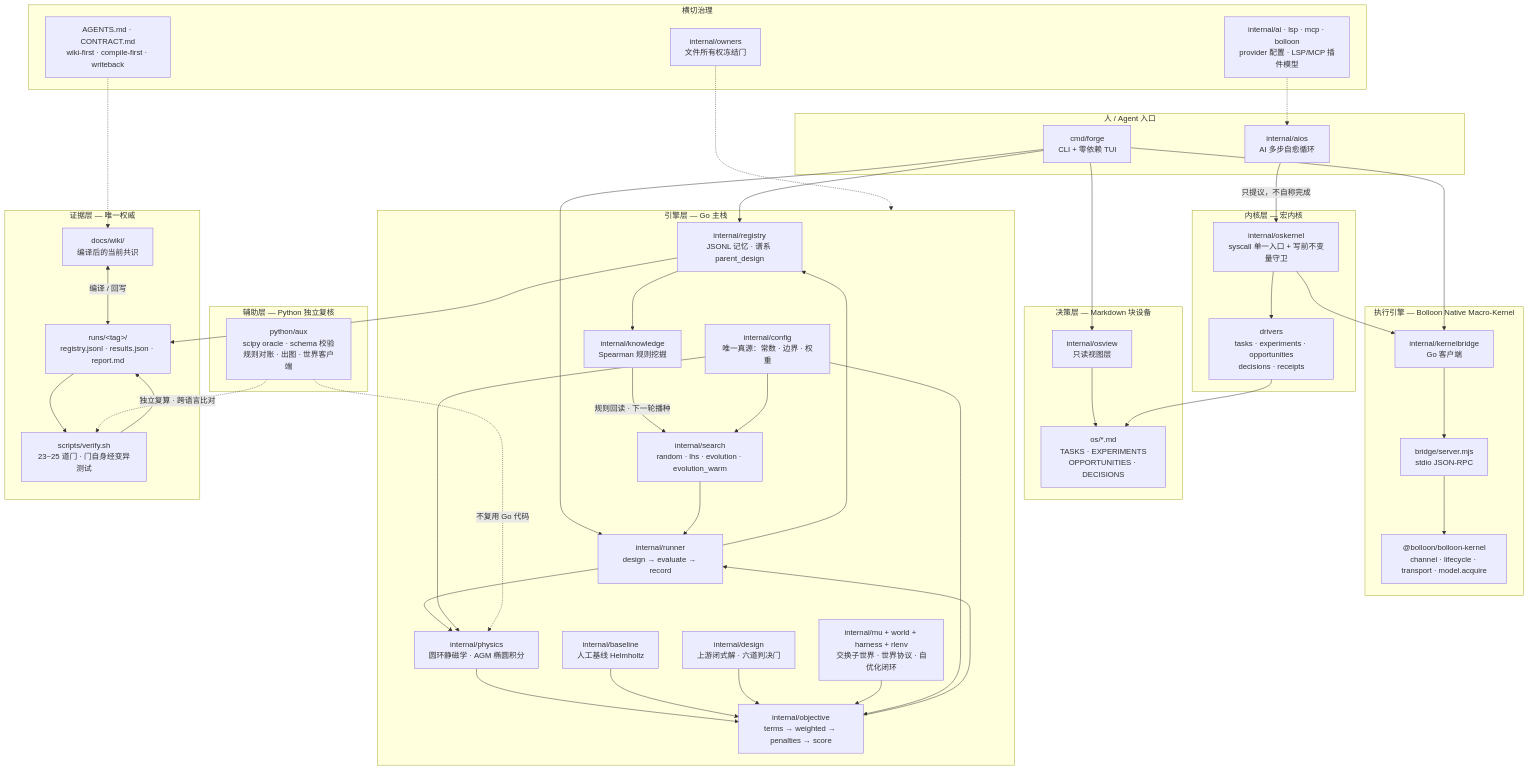
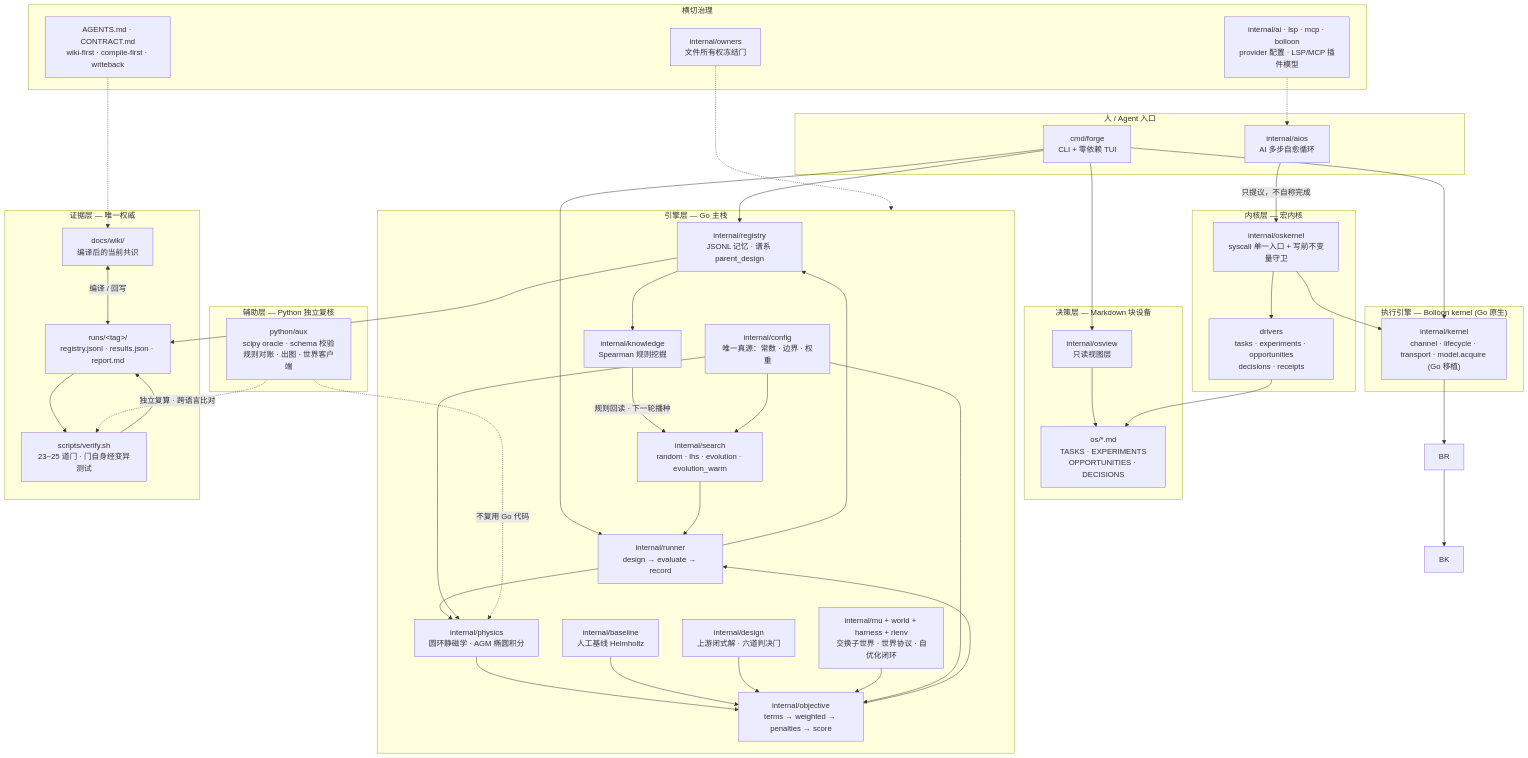
Before and after one commit to logos-42/hushfusion-forge: the diagram in docs/architecture.md, drawn with Mermaid. The commit also changed other lines of this file and 31 other files, not shown here.

First line of the commit message:
refactor(kernel): Bolloon kernel 从 TS 原生化为 Go；删除 Node bridge/

```diff
--- a/docs/architecture.md
+++ b/docs/architecture.md
@@ -24,10 +24,8 @@
         DRV["drivers<br/>tasks · experiments · opportunities<br/>decisions · receipts"]
     end
 
-    subgraph L3["执行引擎 — Bolloon Native Macro-Kernel"]
-        KB["internal/kernelbridge<br/>Go 客户端"]
-        BR["bridge/server.mjs<br/>stdio JSON-RPC"]
-        BK["@bolloon/bolloon-kernel<br/>channel · lifecycle · transport · model.acquire"]
+    subgraph L3["执行引擎 — Bolloon kernel (Go 原生)"]
+        KB["internal/kernel<br/>channel · lifecycle · transport · model.acquire (Go 移植)"]
     end
 
     subgraph L4["引擎层 — Go 主栈"]
```
